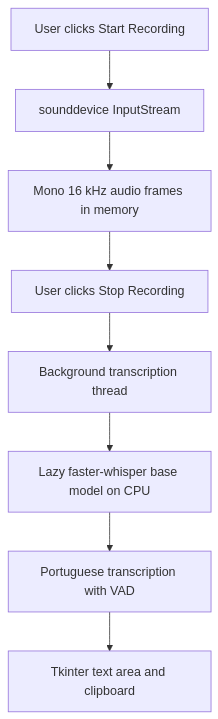
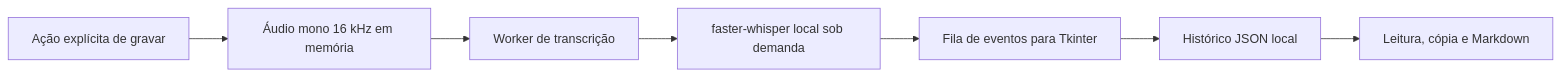
Before and after one commit to xfelipealves/audio-to-text: the diagram in README.md, drawn with Mermaid. The commit also changed other lines of this file and 2 other files, not shown here.

````diff
--- a/README.md
+++ b/README.md
@@ -17,10 +64,9 @@
 ```mermaid
-flowchart TD
-    A[User clicks Start Recording] --> B[sounddevice InputStream]
-    B --> C[Mono 16 kHz audio frames in memory]
-    C --> D[User clicks Stop Recording]
-    D --> E[Background transcription thread]
-    E --> F[Lazy faster-whisper base model on CPU]
-    F --> G[Portuguese transcription with VAD]
-    G --> H[Tkinter text area and clipboard]
+flowchart LR
+    A[Ação explícita de gravar] --> B[Áudio mono 16 kHz em memória]
+    B --> C[Worker de transcrição]
+    C --> D[faster-whisper local sob demanda]
+    D --> E[Fila de eventos para Tkinter]
+    E --> F[Histórico JSON local]
+    F --> G[Leitura, cópia e Markdown]
 ```
````
